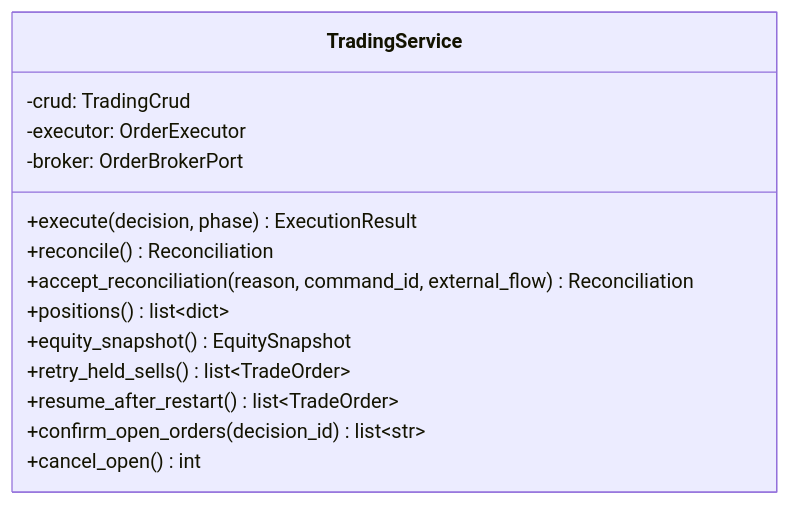
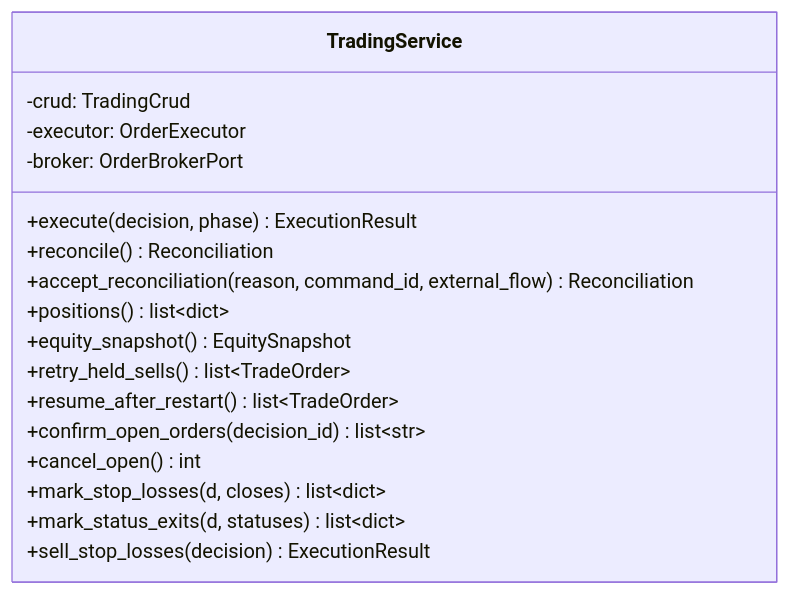
Before and after one commit to HoyoungParkme/quant-rebalance-bot: the tenth of 17 diagrams in docs/specs/06-DOM/QBOT-DOM-002.md, drawn with Mermaid. The commit also changed other lines of this file, not shown here.

````diff
--- a/docs/specs/06-DOM/QBOT-DOM-002.md
+++ b/docs/specs/06-DOM/QBOT-DOM-002.md
@@ -271,17 +276,20 @@
 ```mermaid
 classDiagram
   class TradingService {
     -crud: TradingCrud
     -executor: OrderExecutor
     -broker: OrderBrokerPort
     +execute(decision, phase) ExecutionResult
     +reconcile() Reconciliation
     +accept_reconciliation(reason, command_id, external_flow) Reconciliation
     +positions() list~dict~
     +equity_snapshot() EquitySnapshot
     +retry_held_sells() list~TradeOrder~
     +resume_after_restart() list~TradeOrder~
     +confirm_open_orders(decision_id) list~str~
     +cancel_open() int
+    +mark_stop_losses(d, closes) list~dict~
+    +mark_status_exits(d, statuses) list~dict~
+    +sell_stop_losses(decision) ExecutionResult
   }
 ```
````
